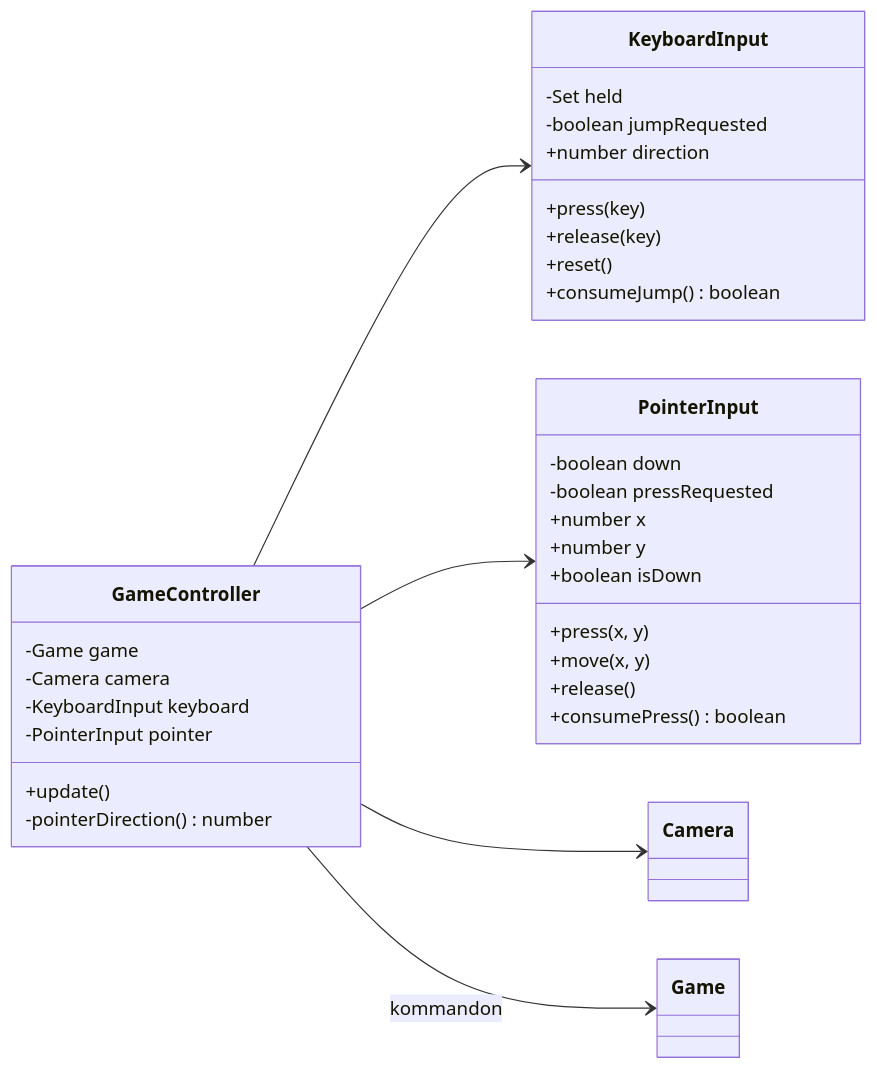
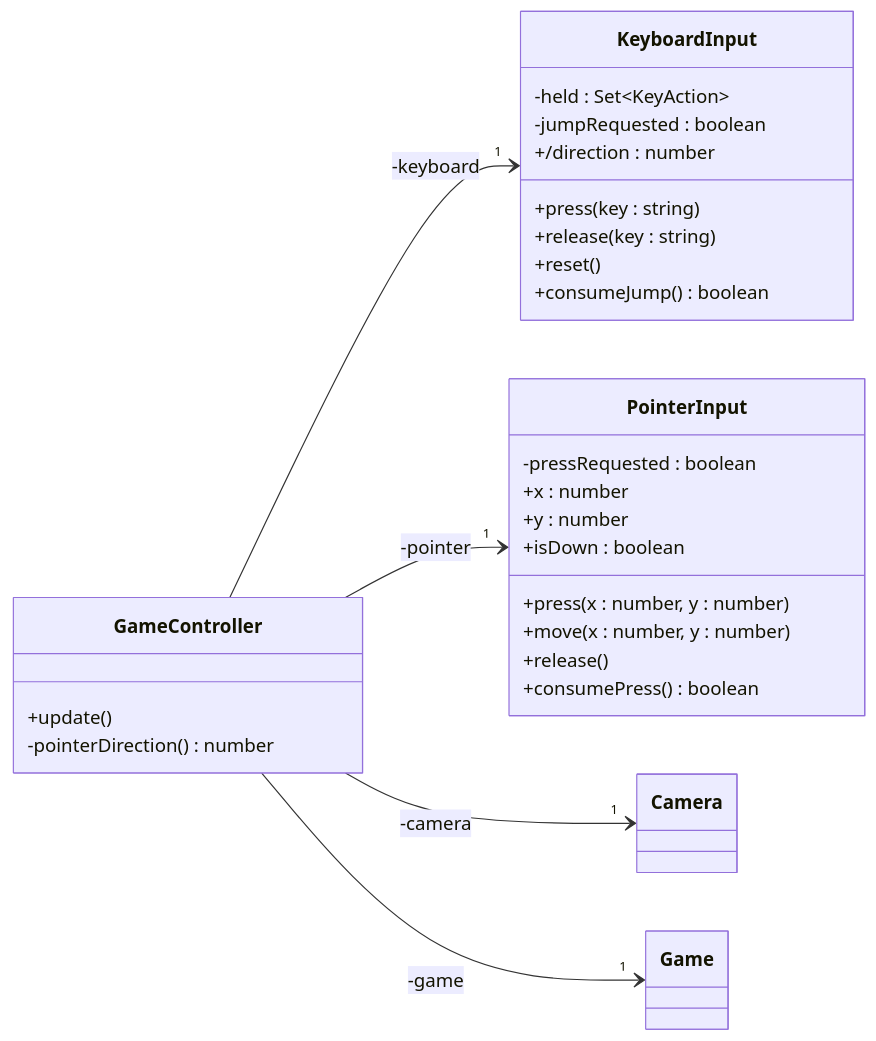
Before and after one commit to 1dv610/ripe-tomato: the fourth of 9 diagrams in MVC_DESIGN.md, drawn with Mermaid. The commit also changed other lines of this file, not shown here.

First line of the commit message:
Draw the class diagrams in standard UML notation

````diff
--- a/MVC_DESIGN.md
+++ b/MVC_DESIGN.md
@@ -540,40 +540,35 @@
 ```mermaid
 classDiagram
     direction LR
 
     class GameController {
-        -Game game
-        -Camera camera
-        -KeyboardInput keyboard
-        -PointerInput pointer
         +update()
         -pointerDirection() number
     }
 
     class KeyboardInput {
-        -Set held
-        -boolean jumpRequested
-        +number direction
-        +press(key)
-        +release(key)
+        -held : Set~KeyAction~
+        -jumpRequested : boolean
+        +/direction : number
+        +press(key : string)
+        +release(key : string)
         +reset()
         +consumeJump() boolean
     }
 
     class PointerInput {
-        -boolean down
-        -boolean pressRequested
-        +number x
-        +number y
-        +boolean isDown
-        +press(x, y)
-        +move(x, y)
+        -pressRequested : boolean
+        +x : number
+        +y : number
+        +isDown : boolean
+        +press(x : number, y : number)
+        +move(x : number, y : number)
         +release()
         +consumePress() boolean
     }
 
-    GameController --> KeyboardInput
-    GameController --> PointerInput
-    GameController --> Camera
-    GameController --> Game : kommandon
+    GameController --> "1" KeyboardInput : -keyboard
+    GameController --> "1" PointerInput : -pointer
+    GameController --> "1" Camera : -camera
+    GameController --> "1" Game : -game
 ```
````
